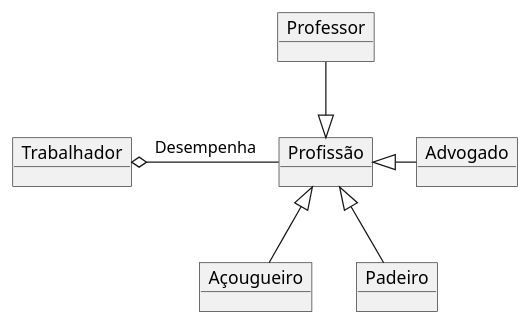
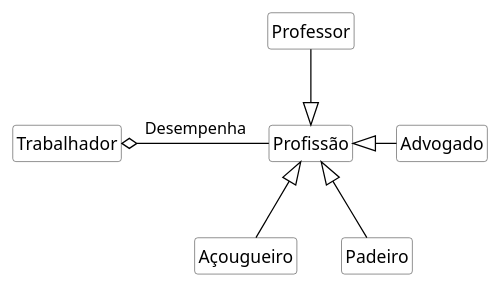
The diagram in imagens/modelos-05/mod05ima06/mod05ima06.plantuml (kyriosdata/oo), drawn with PlantUML before and after one commit. The commit also changed 11 other files, not shown here.

```diff
--- a/imagens/modelos-05/mod05ima06/mod05ima06.plantuml
+++ b/imagens/modelos-05/mod05ima06/mod05ima06.plantuml
@@ -1,16 +1,25 @@
 @startuml mod05ima06
-object "Professor" as pr
-object "Trabalhador" as tr
-object "Profissão" as po
-object "Advogado" as ad
-object "Açougueiro" as aç
-object "Padeiro" as pa
+hide circle
+hide methods
+hide empty members
+
+skinparam class {
+    BackgroundColor White
+    ArrowColor Black
+    BorderColor #505050
+}
+class "Professor" as pr
+class "Trabalhador" as tr
+class "Profissão" as po
+class "Advogado" as ad
+class "Açougueiro" as aç
+class "Padeiro" as pa
 
 pr -down-|> po
 po -left--o tr : Desempenha
 ad -left-|> po
 pa -up-|> po
 aç -up-|> po
 
 
 @enduml
```
